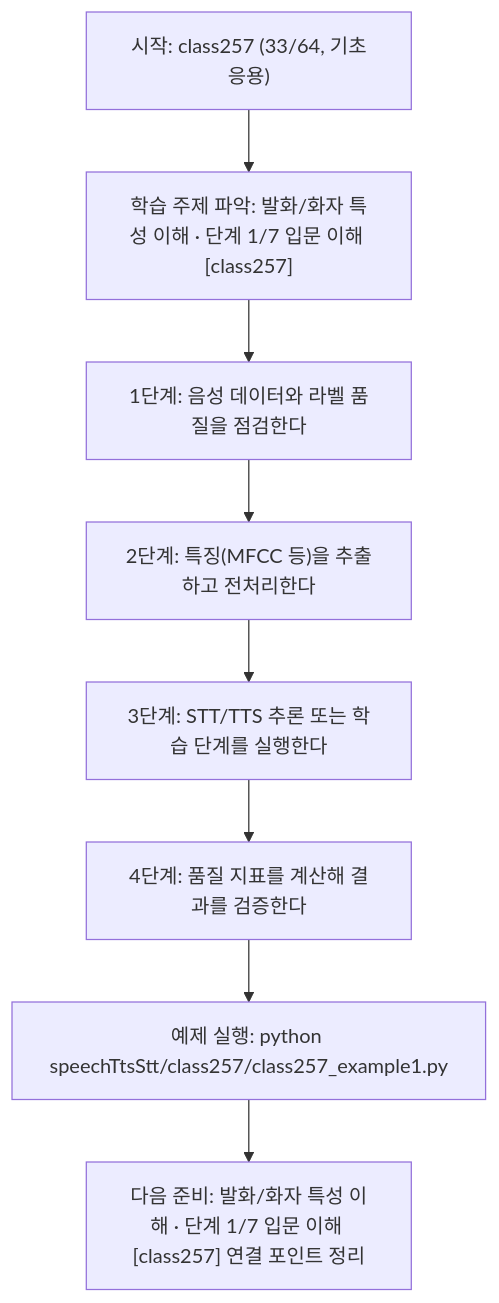
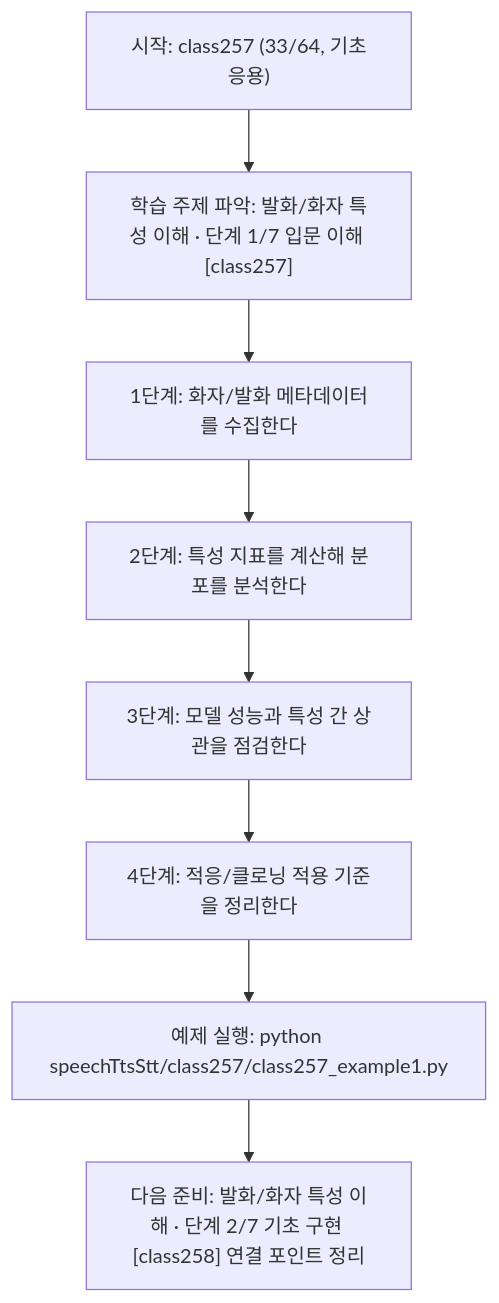
The diagram in speechTtsStt/class257/class257.md (edumgt/Python-AI_Agent-Class), drawn with Mermaid before and after one commit. The commit also changed other lines of this file and 1122 other files, not shown here.

````diff
--- a/speechTtsStt/class257/class257.md
+++ b/speechTtsStt/class257/class257.md
@@ -115,18 +95,18 @@
 ```mermaid
 flowchart TD
 N1["시작: class257 (33/64, 기초응용)"]
 N2["학습 주제 파악: 발화/화자 특성 이해 · 단계 1/7 입문 이해 [class257]"]
-N3["1단계: 음성 데이터와 라벨 품질을 점검한다"]
-N4["2단계: 특징(MFCC 등)을 추출하고 전처리한다"]
-N5["3단계: STT/TTS 추론 또는 학습 단계를 실행한다"]
-N6["4단계: 품질 지표를 계산해 결과를 검증한다"]
+N3["1단계: 화자/발화 메타데이터를 수집한다"]
+N4["2단계: 특성 지표를 계산해 분포를 분석한다"]
+N5["3단계: 모델 성능과 특성 간 상관을 점검한다"]
+N6["4단계: 적응/클로닝 적용 기준을 정리한다"]
 N7["예제 실행: python speechTtsStt/class257/class257_example1.py"]
-N8["다음 준비: 발화/화자 특성 이해 · 단계 1/7 입문 이해 [class257] 연결 포인트 정리"]
+N8["다음 준비: 발화/화자 특성 이해 · 단계 2/7 기초 구현 [class258] 연결 포인트 정리"]
 N1 --> N2
 N2 --> N3
 N3 --> N4
 N4 --> N5
 N5 --> N6
 N6 --> N7
 N7 --> N8
 ```
````
